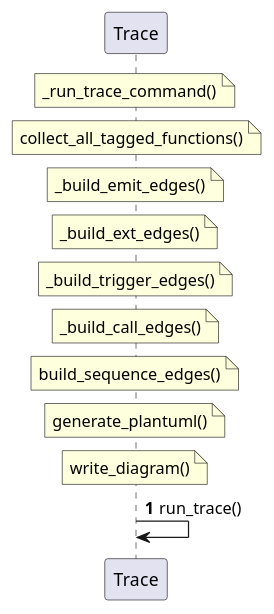
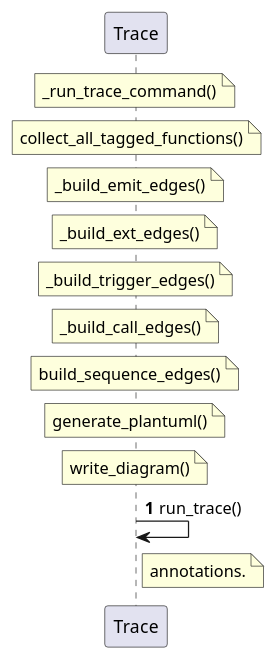
One commit to tvanfossen/doxygen-guard changed the diagram in docs/generated/sequences/REQ-TRACE-001.puml. Above: the diagram before and after it, drawn with PlantUML. The commit also changed 11 other files, not shown here.

```diff
--- a/docs/generated/sequences/REQ-TRACE-001.puml
+++ b/docs/generated/sequences/REQ-TRACE-001.puml
@@ -1,18 +1,19 @@
 @startuml REQ-TRACE-001
 autonumber
 
 participant "Trace" as Trace
 
 note over Trace: _run_trace_command()
 note over Trace: collect_all_tagged_functions()
 note over Trace: _build_emit_edges()
 note over Trace: _build_ext_edges()
 note over Trace: _build_trigger_edges()
 note over Trace: _build_call_edges()
 note over Trace: build_sequence_edges()
 note over Trace: generate_plantuml()
 note over Trace: write_diagram()
 
 Trace -> Trace: run_trace()
+note right of Trace: annotations.
 
 @enduml
```
